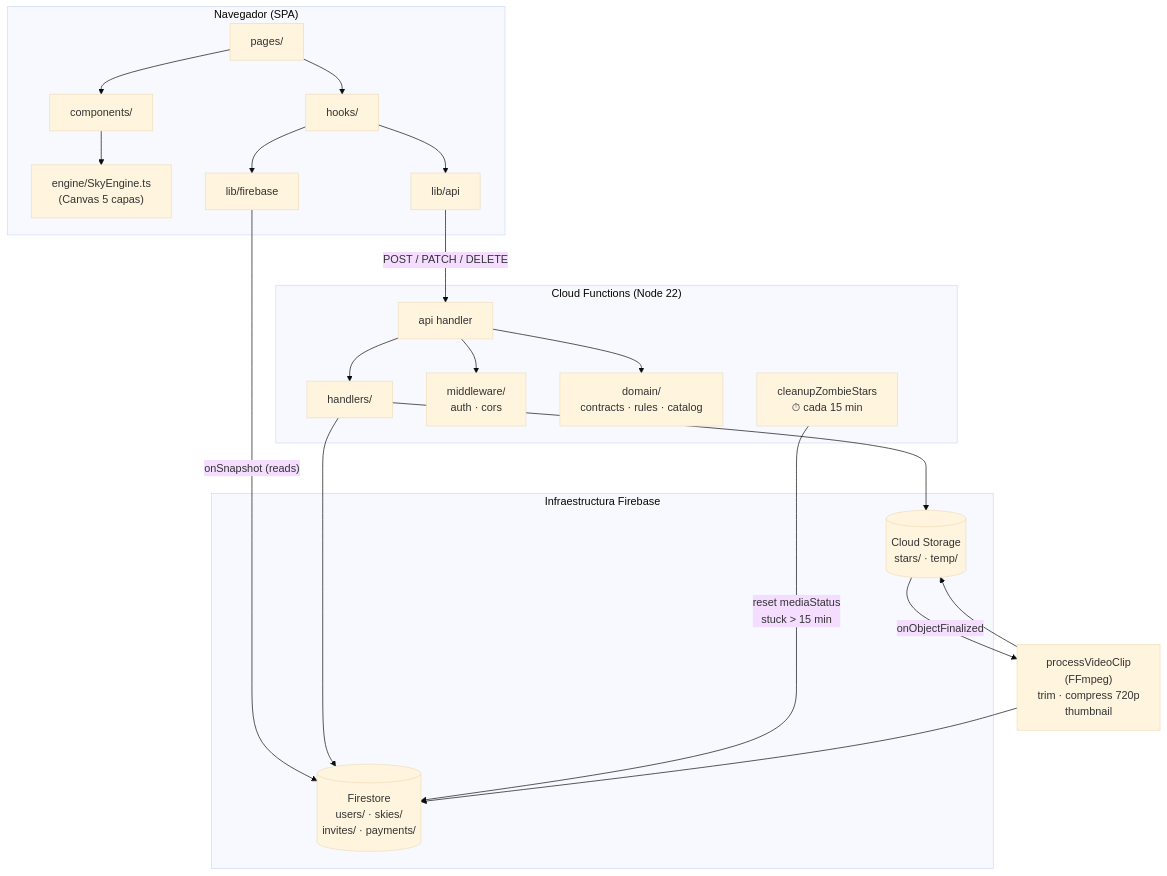
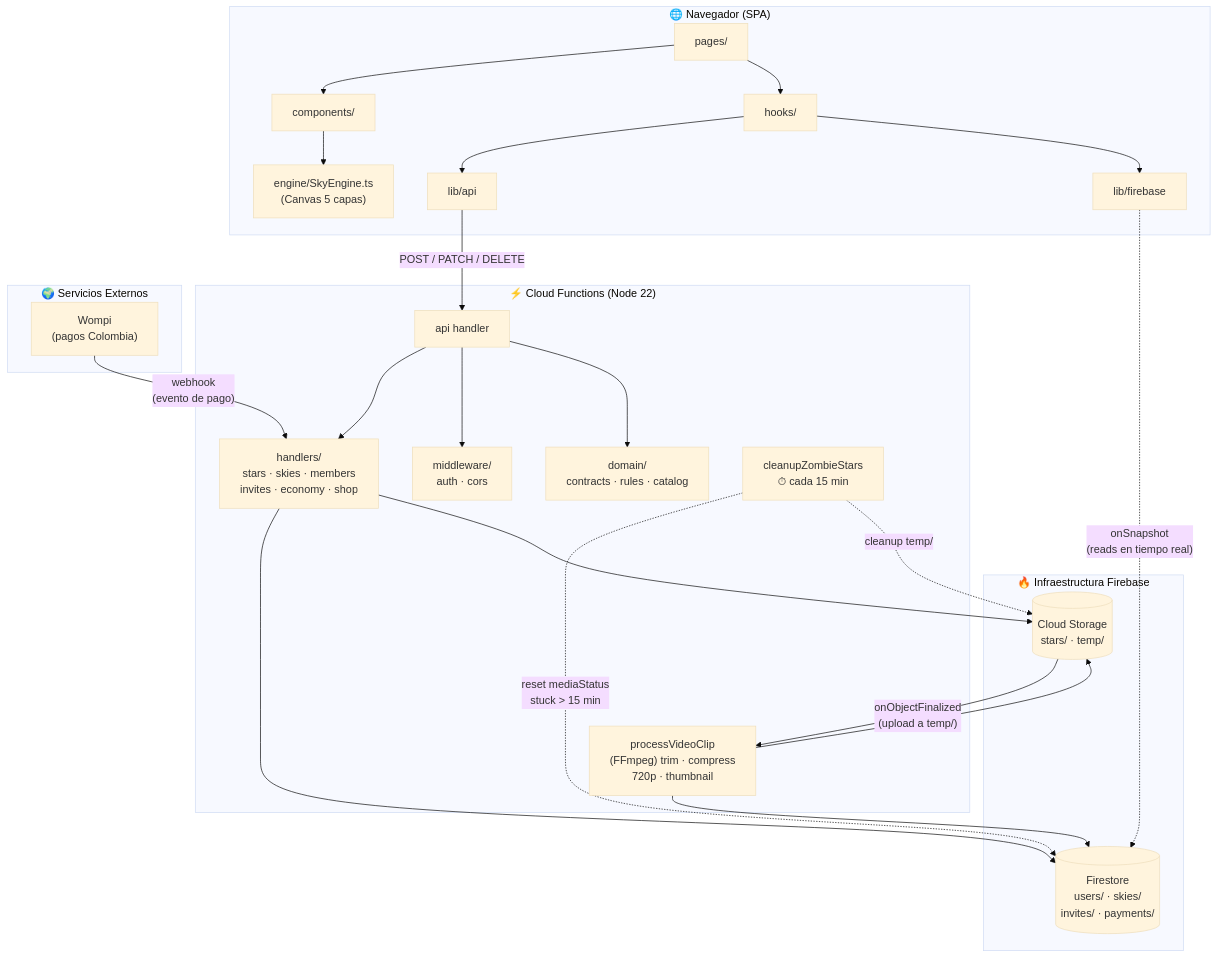
Before and after one commit to sebasgc0399/Cielo-Estrellado-v3: the diagram in README.md, drawn with Mermaid (base theme).

Commit message:
docs(README): enhance architecture diagram with emojis for better visualization and clarity; update component descriptions

````diff
--- a/README.md
+++ b/README.md
@@ -50,33 +50,41 @@
 ```mermaid
 graph TD
-    subgraph Navegador["Navegador (SPA)"]
+    subgraph Navegador["🌐 Navegador (SPA)"]
         Pages["pages/"] --> Components["components/"]
+        Pages --> Hooks["hooks/"]
         Components --> Engine["engine/SkyEngine.ts\n(Canvas 5 capas)"]
-        Pages --> Hooks["hooks/"]
         Hooks --> LibApi["lib/api"]
         Hooks --> LibFirebase["lib/firebase"]
     end
 
-    LibFirebase -- "onSnapshot (reads)" --> Firestore
-    LibApi -- "POST / PATCH / DELETE" --> CloudFn
-
-    subgraph Backend["Cloud Functions (Node 22)"]
-        CloudFn["api handler"] --> Handlers["handlers/"]
+    subgraph Backend["⚡ Cloud Functions (Node 22)"]
+        CloudFn["api handler"] --> Handlers["handlers/\nstars · skies · members\ninvites · economy · shop"]
         CloudFn --> Middleware["middleware/\nauth · cors"]
         CloudFn --> Domain["domain/\ncontracts · rules · catalog"]
+        ProcessVideo["processVideoClip\n(FFmpeg) trim · compress\n720p · thumbnail"]
         Cron["cleanupZombieStars\n⏱ cada 15 min"]
     end
 
-    subgraph Infra["Infraestructura Firebase"]
+    subgraph Infra["🔥 Infraestructura Firebase"]
         Firestore[("Firestore\nusers/ · skies/\ninvites/ · payments/")]
         Storage[("Cloud Storage\nstars/ · temp/")]
     end
 
+    subgraph Externo["🌍 Servicios Externos"]
+        Wompi["Wompi\n(pagos Colombia)"]
+    end
+
+    LibFirebase -. "onSnapshot\n(reads en tiempo real)" .-> Firestore
+    LibApi -- "POST / PATCH / DELETE" --> CloudFn
+
     Handlers --> Firestore
     Handlers --> Storage
-    Cron -- "reset mediaStatus\nstuck > 15 min" --> Firestore
+    Wompi -- "webhook\n(evento de pago)" --> Handlers
 
-    Storage -- "onObjectFinalized" --> ProcessVideo["processVideoClip\n(FFmpeg)\ntrim · compress 720p\nthumbnail"]
+    Storage -- "onObjectFinalized\n(upload a temp/)" --> ProcessVideo
     ProcessVideo --> Firestore
     ProcessVideo --> Storage
+
+    Cron -. "reset mediaStatus\nstuck > 15 min" .-> Firestore
+    Cron -. "cleanup temp/" .-> Storage
 ```
````
